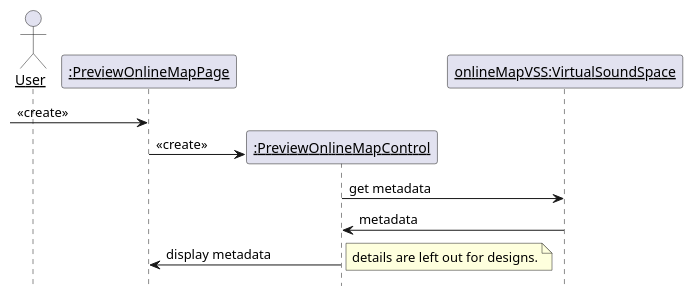
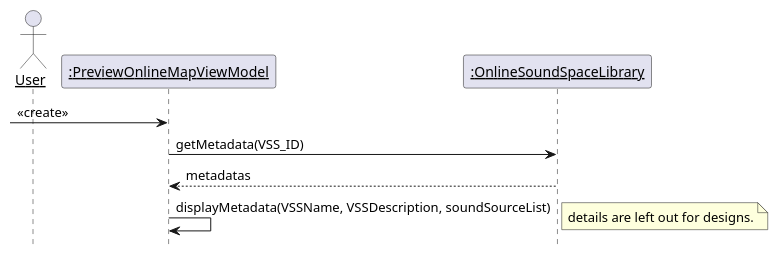
One commit to kpp19920121/doc changed diagram 26 of 33 in 设计/顺序图.md. Above: the diagram before and after it, drawn with PlantUML. The commit also changed other lines of this file and 5 other files, not shown here.

````diff
--- a/设计/顺序图.md
+++ b/设计/顺序图.md
@@ -806,21 +802,19 @@
 ```PlantUML
-@startuml Diagrams/PreviewOnlineMapVSS
+@startuml Diagrams/PreviewOnlineMaplibrary
 hide footbox
 skinparam sequenceParticipant underline
 actor User as user
 
-participant ":PreviewOnlineMapPage" as page
-participant ":PreviewOnlineMapControl" as control
-participant "onlineMapVSS:VirtualSoundSpace" as vss
-create page
-[-> page: <<create>>
-create control
-page -> control: <<create>>
-control -> vss: get metadata
-vss -> control: metadata
-control -> page: display metadata
+participant ":PreviewOnlineMapViewModel" as viewModel
+participant ":OnlineSoundSpaceLibrary" as library
+create viewModel
+[-> viewModel: <<create>>
+viewModel -> library: getMetadata(VSS_ID)
+library --> viewModel: metadatas
+viewModel -> viewModel: displayMetadata(VSSName, VSSDescription, soundSourceList)
 note right
 details are left out for designs.
 end note
+
 @enduml
 ```
````
